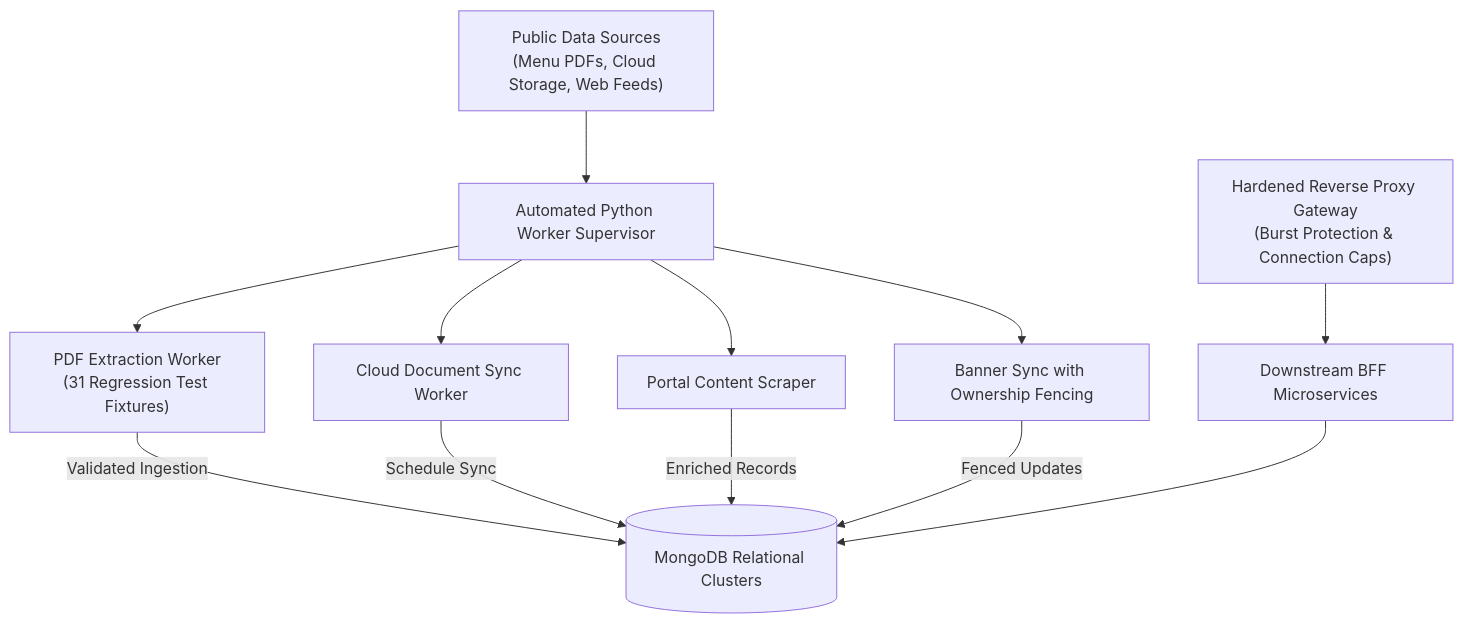
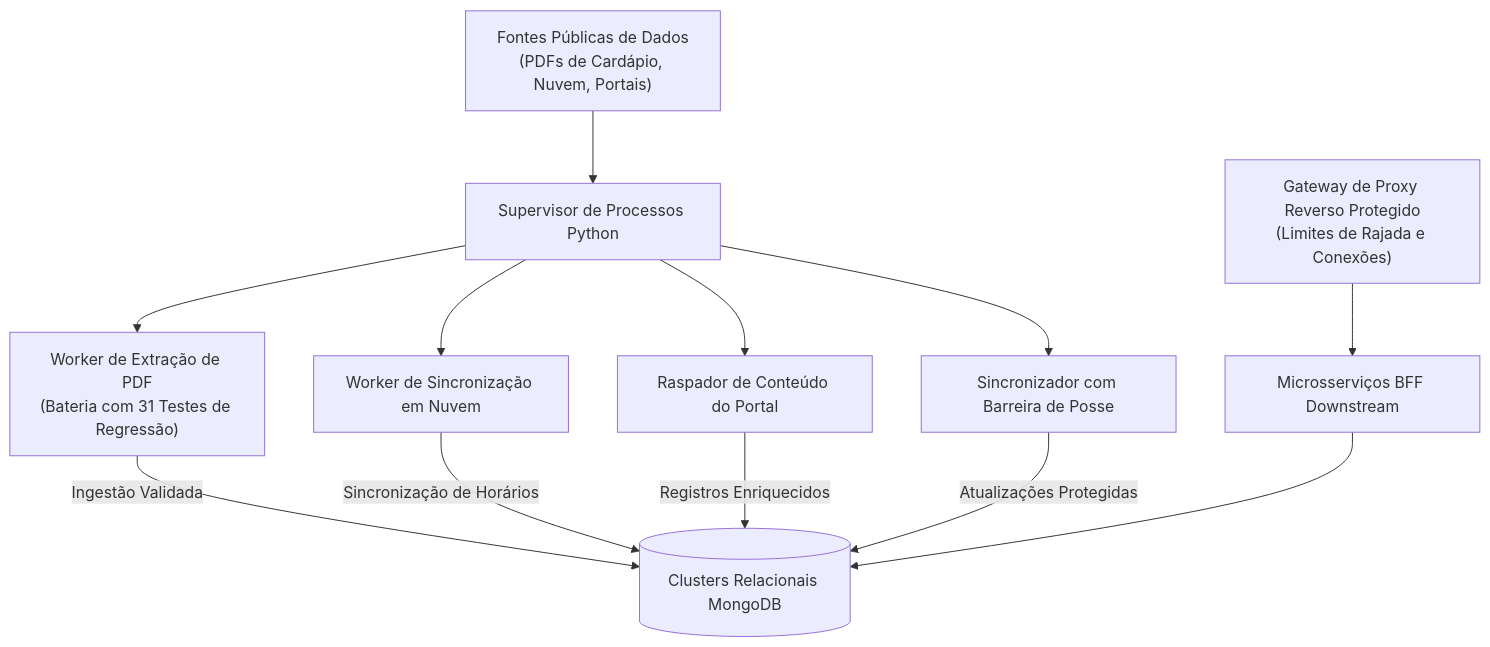
The first of 2 diagrams in backend-and-distributed-systems/fault-tolerant-ingestion-gateway/README.md (Fcsscoder/case-studies), drawn with Mermaid before and after one commit. The commit also changed other lines of this file and 21 other files, not shown here.

````diff
--- a/backend-and-distributed-systems/fault-tolerant-ingestion-gateway/README.md
+++ b/backend-and-distributed-systems/fault-tolerant-ingestion-gateway/README.md
@@ -9,27 +9,27 @@
 ```mermaid
 graph TD
-    PublicSources["Public Data Sources<br/>(Menu PDFs, Cloud Storage, Web Feeds)"]
-    Supervisor["Automated Python Worker Supervisor"]
-    WorkerPDF["PDF Extraction Worker<br/>(31 Regression Test Fixtures)"]
-    WorkerDrive["Cloud Document Sync Worker"]
-    WorkerNews["Portal Content Scraper"]
-    WorkerBanners["Banner Sync with Ownership Fencing"]
+    PublicSources["Fontes Públicas de Dados<br/>(PDFs de Cardápio, Nuvem, Portais)"]
+    Supervisor["Supervisor de Processos Python"]
+    WorkerPDF["Worker de Extração de PDF<br/>(Bateria com 31 Testes de Regressão)"]
+    WorkerDrive["Worker de Sincronização em Nuvem"]
+    WorkerNews["Raspador de Conteúdo do Portal"]
+    WorkerBanners["Sincronizador com Barreira de Posse"]
 
-    Gateway["Hardened Reverse Proxy Gateway<br/>(Burst Protection & Connection Caps)"]
-    BFFs["Downstream BFF Microservices"]
-    DB[("MongoDB Relational Clusters")]
+    Gateway["Gateway de Proxy Reverso Protegido<br/>(Limites de Rajada e Conexões)"]
+    BFFs["Microsserviços BFF Downstream"]
+    DB[("Clusters Relacionais MongoDB")]
 
     PublicSources --> Supervisor
     Supervisor --> WorkerPDF
     Supervisor --> WorkerDrive
     Supervisor --> WorkerNews
     Supervisor --> WorkerBanners
 
-    WorkerPDF -->|Validated Ingestion| DB
-    WorkerDrive -->|Schedule Sync| DB
-    WorkerNews -->|Enriched Records| DB
-    WorkerBanners -->|Fenced Updates| DB
+    WorkerPDF -->|Ingestão Validada| DB
+    WorkerDrive -->|Sincronização de Horários| DB
+    WorkerNews -->|Registros Enriquecidos| DB
+    WorkerBanners -->|Atualizações Protegidas| DB
 
     Gateway --> BFFs
     BFFs --> DB
 ```
````
